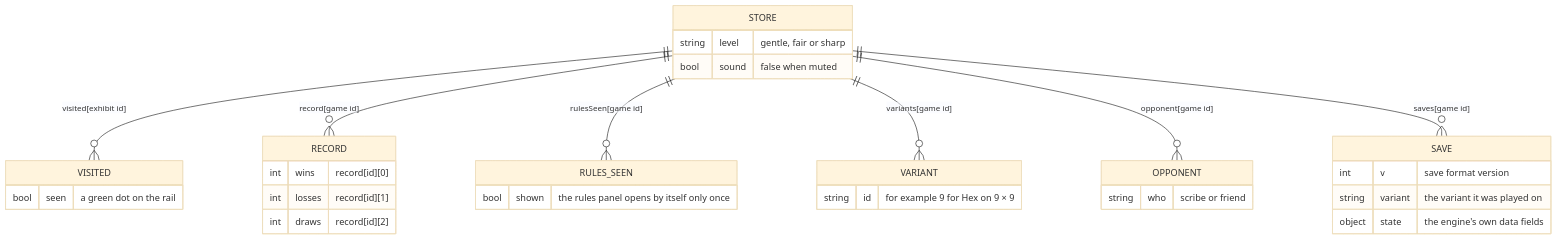
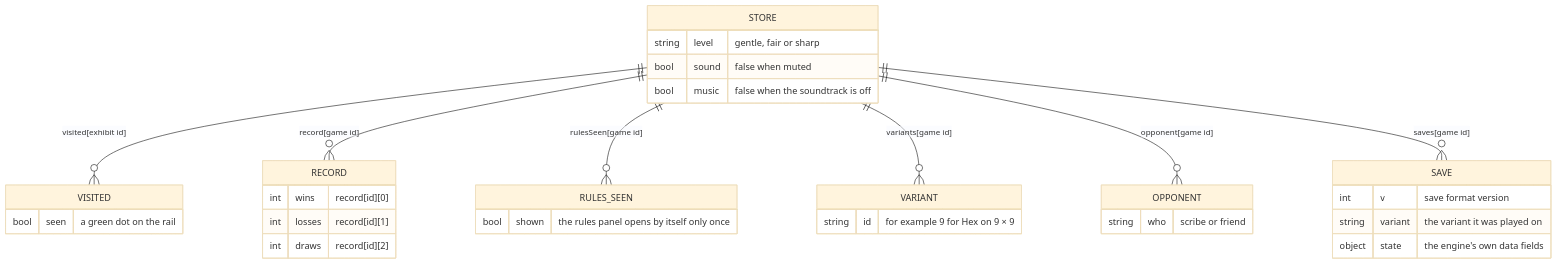
One commit to CptNope/Librarium-Archives changed the sixth of 6 diagrams in docs/architecture.md. Above: the diagram before and after it, drawn with Mermaid (base theme). The commit also changed other lines of this file and 40 other files, not shown here.

````diff
--- a/docs/architecture.md
+++ b/docs/architecture.md
@@ -213,35 +213,36 @@
 ```mermaid
 erDiagram
     STORE ||--o{ VISITED : "visited[exhibit id]"
     STORE ||--o{ RECORD : "record[game id]"
     STORE ||--o{ RULES_SEEN : "rulesSeen[game id]"
     STORE ||--o{ VARIANT : "variants[game id]"
     STORE {
         string level "gentle, fair or sharp"
         bool sound "false when muted"
+        bool music "false when the soundtrack is off"
     }
     STORE ||--o{ OPPONENT : "opponent[game id]"
     STORE ||--o{ SAVE : "saves[game id]"
     OPPONENT {
         string who "scribe or friend"
     }
     SAVE {
         int v "save format version"
         string variant "the variant it was played on"
         object state "the engine's own data fields"
     }
     RECORD {
         int wins "record[id][0]"
         int losses "record[id][1]"
         int draws "record[id][2]"
     }
     VISITED {
         bool seen "a green dot on the rail"
     }
     RULES_SEEN {
         bool shown "the rules panel opens by itself only once"
     }
     VARIANT {
         string id "for example 9 for Hex on 9 × 9"
     }
 ```
````
